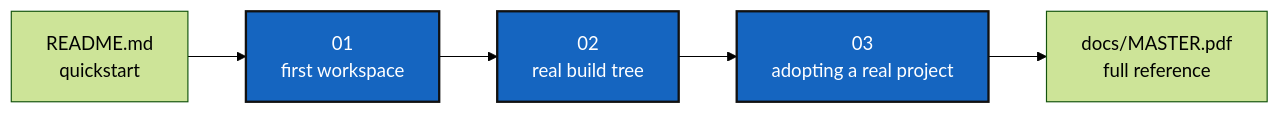
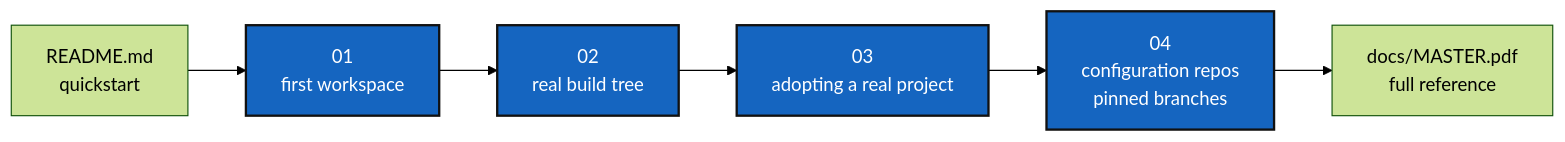
The diagram in tutorials/README.md (flipoyo/ComplexGitSync), drawn with Mermaid (forest theme) before and after one commit. The commit also changed other lines of this file and 41 other files, not shown here.

First line of the commit message:
Multi-branch sync: git_branch.py, configuration repos, tutorial 4

````diff
--- a/tutorials/README.md
+++ b/tutorials/README.md
@@ -25,10 +25,11 @@
 ```mermaid
 graph LR
     README["README.md<br/>quickstart"] --> T1["01<br/>first workspace"]
     T1 --> T2["02<br/>real build tree"]
     T2 --> T3["03<br/>adopting a real project"]
-    T3 --> REF["docs/MASTER.pdf<br/>full reference"]
+    T3 --> T4["04<br/>configuration repos<br/>pinned branches"]
+    T4 --> REF["docs/MASTER.pdf<br/>full reference"]
 
     classDef here fill:#1565C0,color:#fff,stroke:#111,stroke-width:2px;
-    class T1,T2,T3 here;
+    class T1,T2,T3,T4 here;
 ```
````
